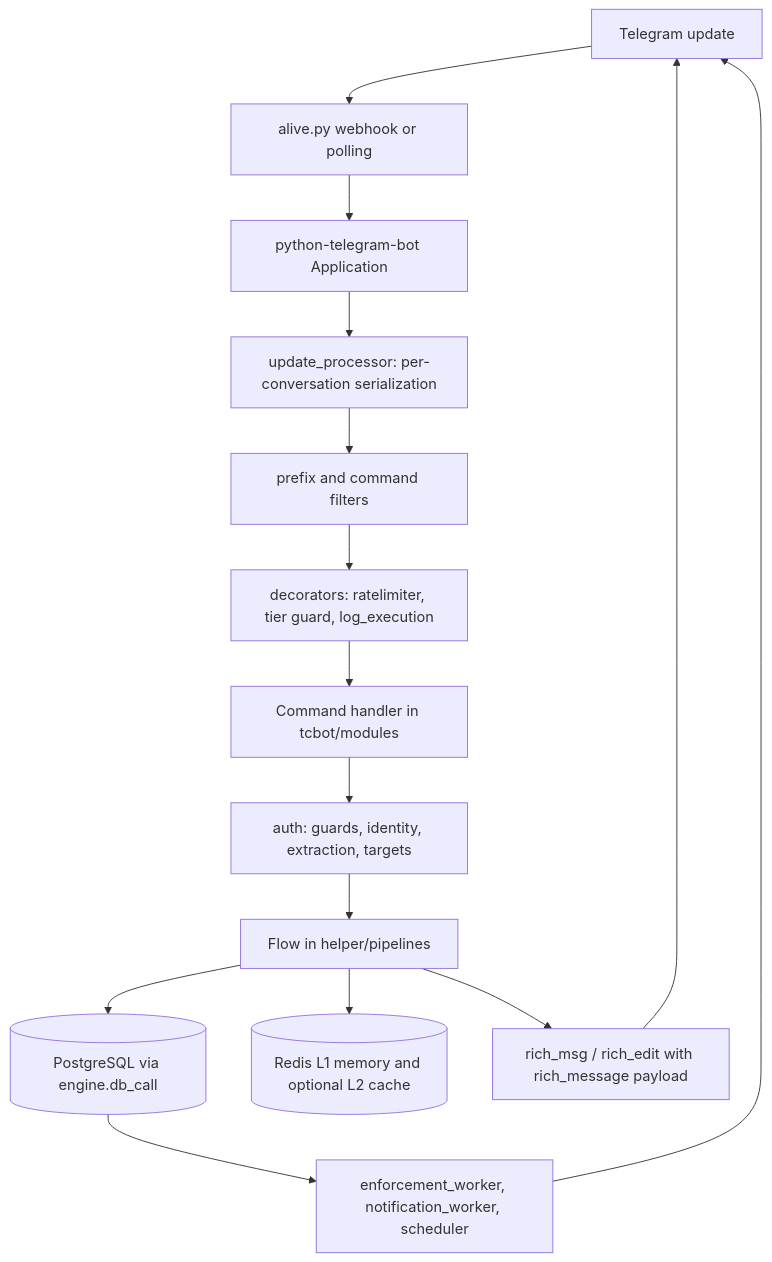
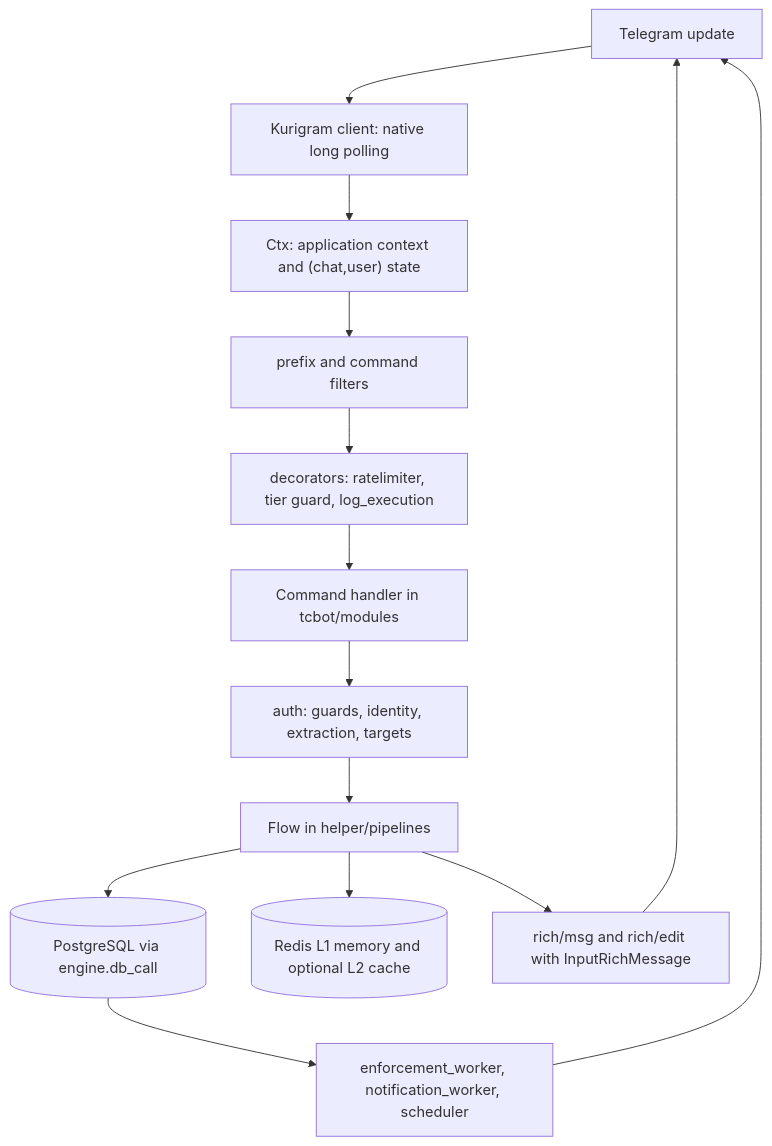
One commit to D1ZZY4/tcbot changed the first of 4 diagrams in docs/flows/system.md. Above: the diagram before and after it, drawn with Mermaid. The commit also changed other lines of this file and 204 other files, not shown here.

First line of the commit message:
refactor(bot)!: replace python-telegram-bot with Kurigram

````diff
--- a/docs/flows/system.md
+++ b/docs/flows/system.md
@@ -16,17 +16,16 @@
 ```mermaid
 flowchart TD
-    U[Telegram update] --> WEB["alive.py webhook or polling"]
-    WEB --> PTB["python-telegram-bot Application"]
-    PTB --> PROC["update_processor: per-conversation serialization"]
-    PROC --> FILT["prefix and command filters"]
+    U[Telegram update] --> KUR["Kurigram client: native long polling"]
+    KUR --> CTX["Ctx: application context and (chat,user) state"]
+    CTX --> FILT["prefix and command filters"]
     FILT --> DEC["decorators: ratelimiter, tier guard, log_execution"]
     DEC --> CMD["Command handler in tcbot/modules"]
     CMD --> GATE["auth: guards, identity, extraction, targets"]
     GATE --> FLOW["Flow in helper/pipelines"]
     FLOW --> DB[("PostgreSQL via engine.db_call")]
     FLOW --> CACHE[("Redis L1 memory and optional L2 cache")]
-    FLOW --> RICH["rich_msg / rich_edit with rich_message payload"]
+    FLOW --> RICH["rich/msg and rich/edit with InputRichMessage"]
     RICH --> U
     DB --> WK["enforcement_worker, notification_worker, scheduler"]
     WK --> U
 ```
````
